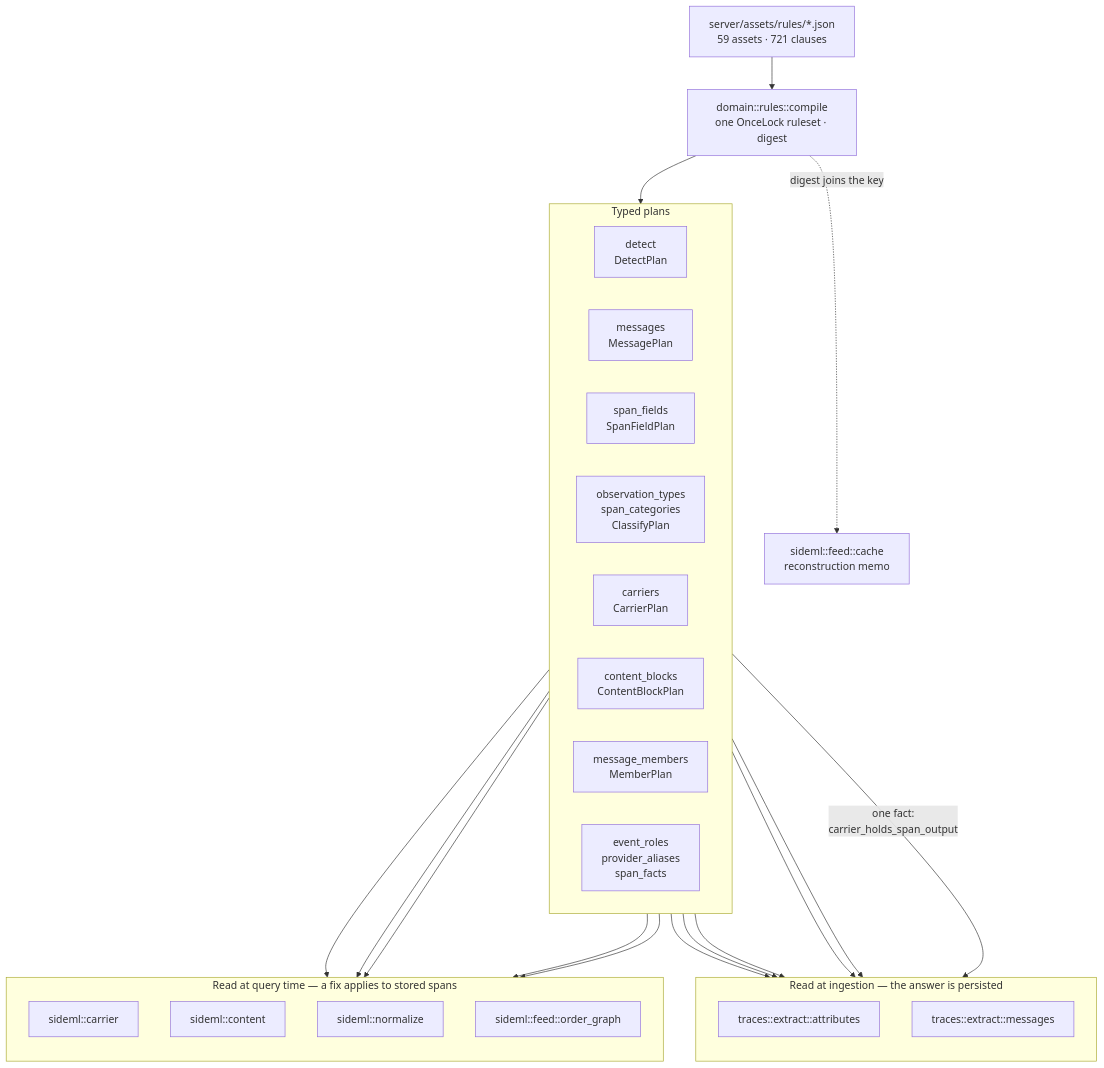
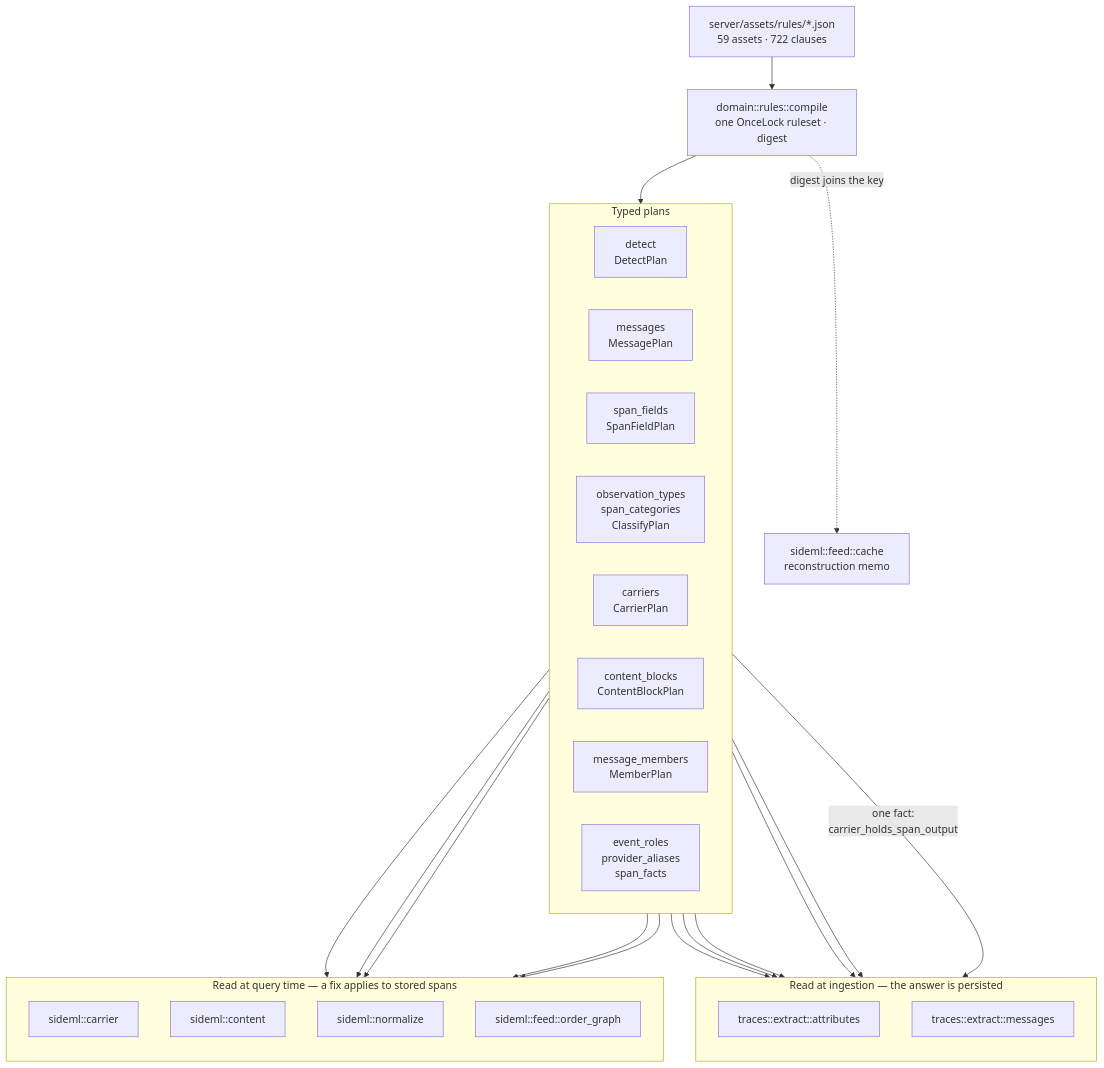
Before and after one commit to sideseat/sideseat: the first of 7 diagrams in docs/engineering/architecture-diagrams.md, drawn with Mermaid. The commit also changed 46 other files, not shown here.

````diff
--- a/docs/engineering/architecture-diagrams.md
+++ b/docs/engineering/architecture-diagrams.md
@@ -18,47 +18,47 @@
 ```mermaid
 flowchart TB
-    assets["server/assets/rules/*.json<br/>59 assets · 721 clauses"]
+    assets["server/assets/rules/*.json<br/>59 assets · 722 clauses"]
     compile["domain::rules::compile<br/>one OnceLock ruleset · digest"]
     assets --> compile
 
     subgraph plans["Typed plans"]
         direction LR
         detect["detect<br/>DetectPlan"]
         messages["messages<br/>MessagePlan"]
         fields["span_fields<br/>SpanFieldPlan"]
         classify["observation_types<br/>span_categories<br/>ClassifyPlan"]
         carriers["carriers<br/>CarrierPlan"]
         blocks["content_blocks<br/>ContentBlockPlan"]
         members["message_members<br/>MemberPlan"]
         roles["event_roles<br/>provider_aliases<br/>span_facts"]
     end
     compile --> plans
 
     subgraph ingest["Read at ingestion — the answer is persisted"]
         direction TB
         attrs["traces::extract::attributes"]
         msgs["traces::extract::messages"]
     end
 
     subgraph query["Read at query time — a fix applies to stored spans"]
         direction TB
         carrier["sideml::carrier"]
         content["sideml::content"]
         normalize["sideml::normalize"]
         order["sideml::feed::order_graph"]
     end
 
     detect --> attrs
     fields --> attrs
     classify --> attrs
     roles --> attrs
     messages --> msgs
     carriers -->|"one fact:<br/>carrier_holds_span_output"| msgs
     carriers --> carrier
     carriers --> order
     blocks --> content
     members --> content
     roles --> normalize
 
     compile -. "digest joins the key" .-> cache["sideml::feed::cache<br/>reconstruction memo"]
 ```
````
